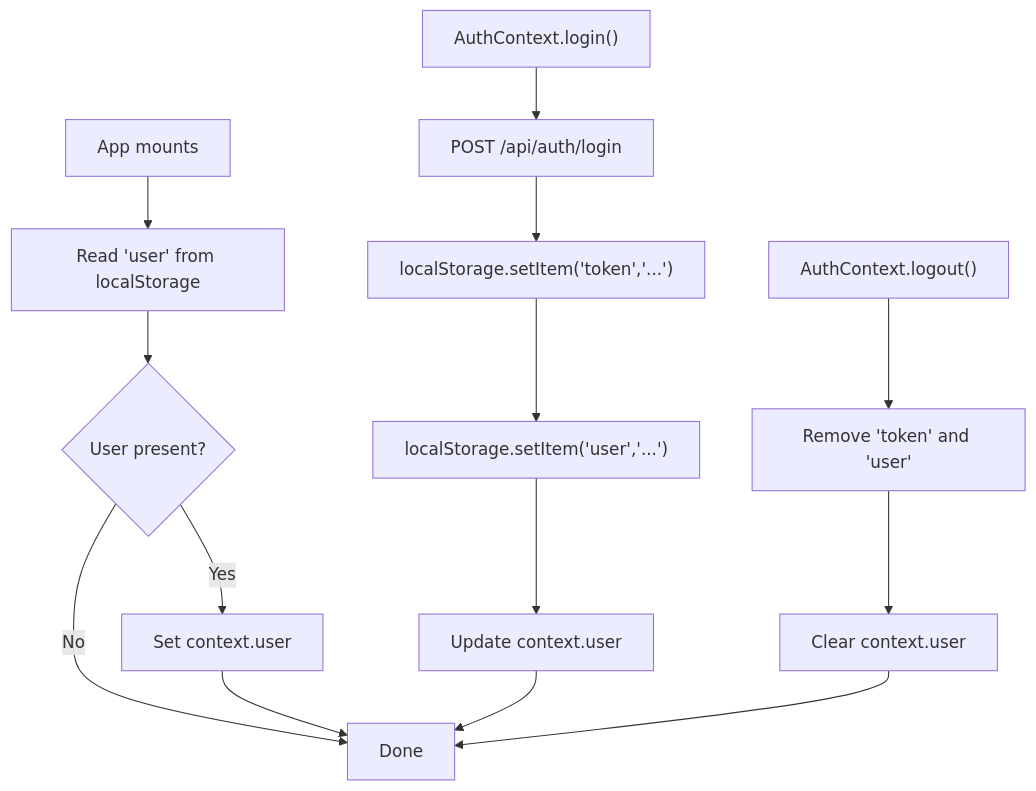
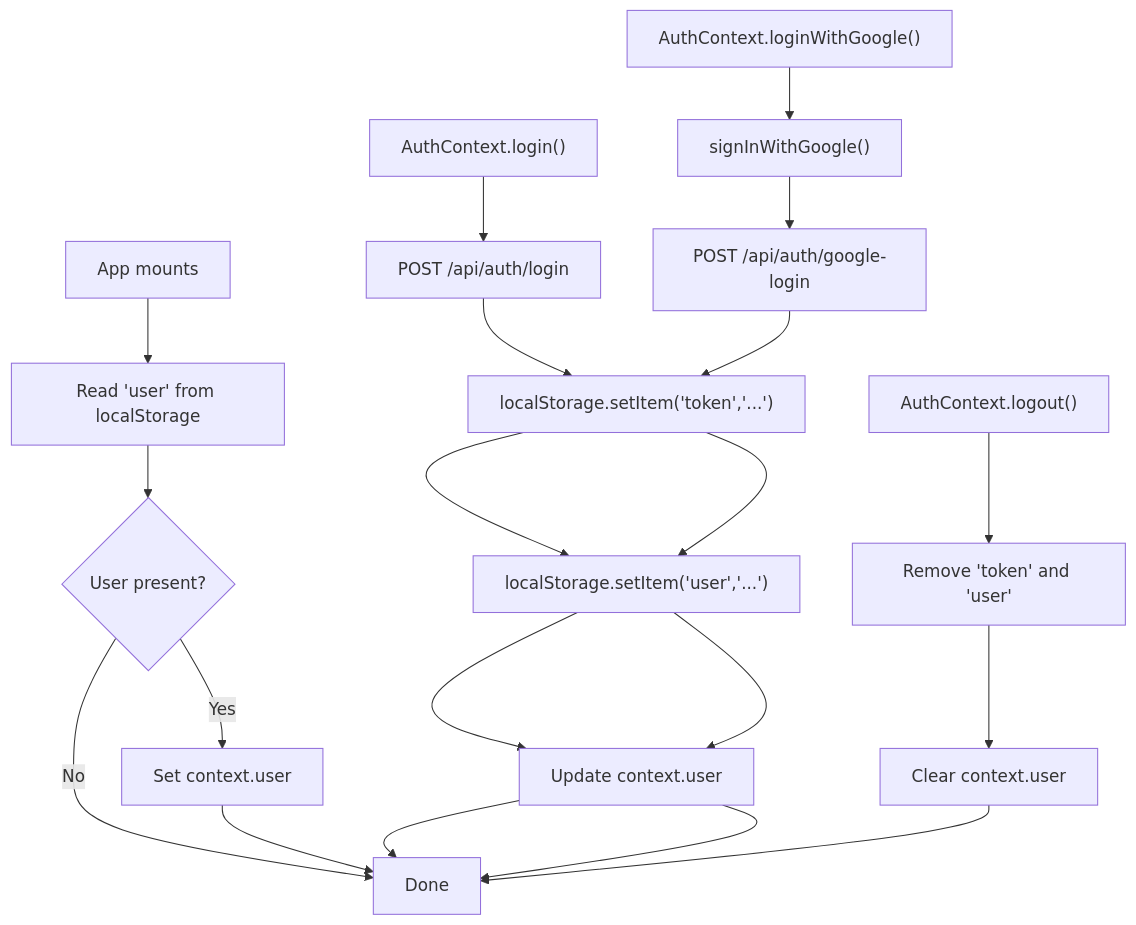
Before and after one commit to Pavan-PSPK9032/TrendsandToss: the eighth of 11 diagrams in .qoder/repowiki/en/content/Authentication & Authorization/Login & Registration Process.md, drawn with Mermaid. The commit also changed other lines of this file and 5 other files, not shown here.

````diff
--- a/.qoder/repowiki/en/content/Authentication & Authorization/Login & Registration Process.md
+++ b/.qoder/repowiki/en/content/Authentication & Authorization/Login & Registration Process.md
@@ -318,16 +404,22 @@
 ```mermaid
 flowchart TD
 Mount["App mounts"] --> LoadUser["Read 'user' from localStorage"]
 LoadUser --> HasUser{"User present?"}
 HasUser --> |Yes| SetCtx["Set context.user"]
 HasUser --> |No| Done["Done"]
 SetCtx --> Done
 Login["AuthContext.login()"] --> CallAPI["POST /api/auth/login"]
 CallAPI --> Save["localStorage.setItem('token','...')"]
 Save --> SaveUser["localStorage.setItem('user','...')"]
 SaveUser --> UpdateCtx["Update context.user"]
 UpdateCtx --> Done
+GoogleLogin["AuthContext.loginWithGoogle()"] --> Firebase["signInWithGoogle()"]
+Firebase --> CallGoogleAPI["POST /api/auth/google-login"]
+CallGoogleAPI --> Save["localStorage.setItem('token','...')"]
+Save --> SaveUser["localStorage.setItem('user','...')"]
+SaveUser --> UpdateCtx["Update context.user"]
+UpdateCtx --> Done
 Logout["AuthContext.logout()"] --> Remove["Remove 'token' and 'user'"]
 Remove --> Clear["Clear context.user"]
 Clear --> Done
 ```
````
